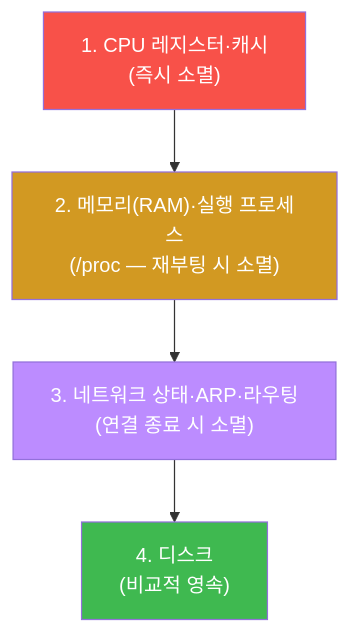
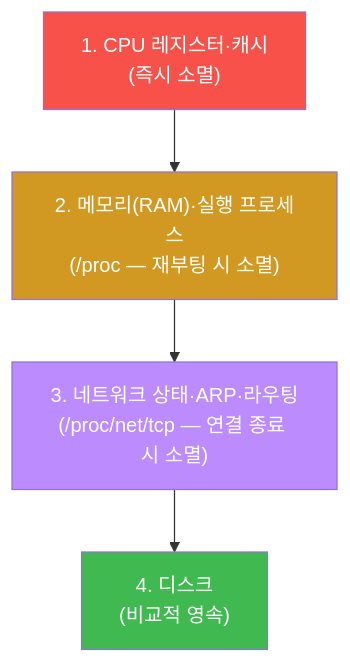
Before and after one commit to mrgrit/tw2: the fourth of 4 diagrams in contents/training/soc-adv/lecture_week08.md, drawn with Mermaid. The commit also changed other lines of this file, not shown here.

First line of the commit message:
docs(soc-adv): W08 강의 골드 확장 (177→293줄) — /proc 파일맵·NUL 구분·rwxp 읽기·재부팅 금지·임의작명

````diff
--- a/contents/training/soc-adv/lecture_week08.md
+++ b/contents/training/soc-adv/lecture_week08.md
@@ -145,12 +207,12 @@
 ```mermaid
 graph TD
     V1["1. CPU 레지스터·캐시<br/>(즉시 소멸)"]
     V2["2. 메모리(RAM)·실행 프로세스<br/>(/proc — 재부팅 시 소멸)"]
-    V3["3. 네트워크 상태·ARP·라우팅<br/>(연결 종료 시 소멸)"]
+    V3["3. 네트워크 상태·ARP·라우팅<br/>(/proc/net/tcp — 연결 종료 시 소멸)"]
     V4["4. 디스크<br/>(비교적 영속)"]
     V1 --> V2 --> V3 --> V4
     style V1 fill:#f85149,color:#fff
     style V2 fill:#d29922,color:#fff
     style V3 fill:#bc8cff,color:#fff
     style V4 fill:#3fb950,color:#fff
 ```
````
